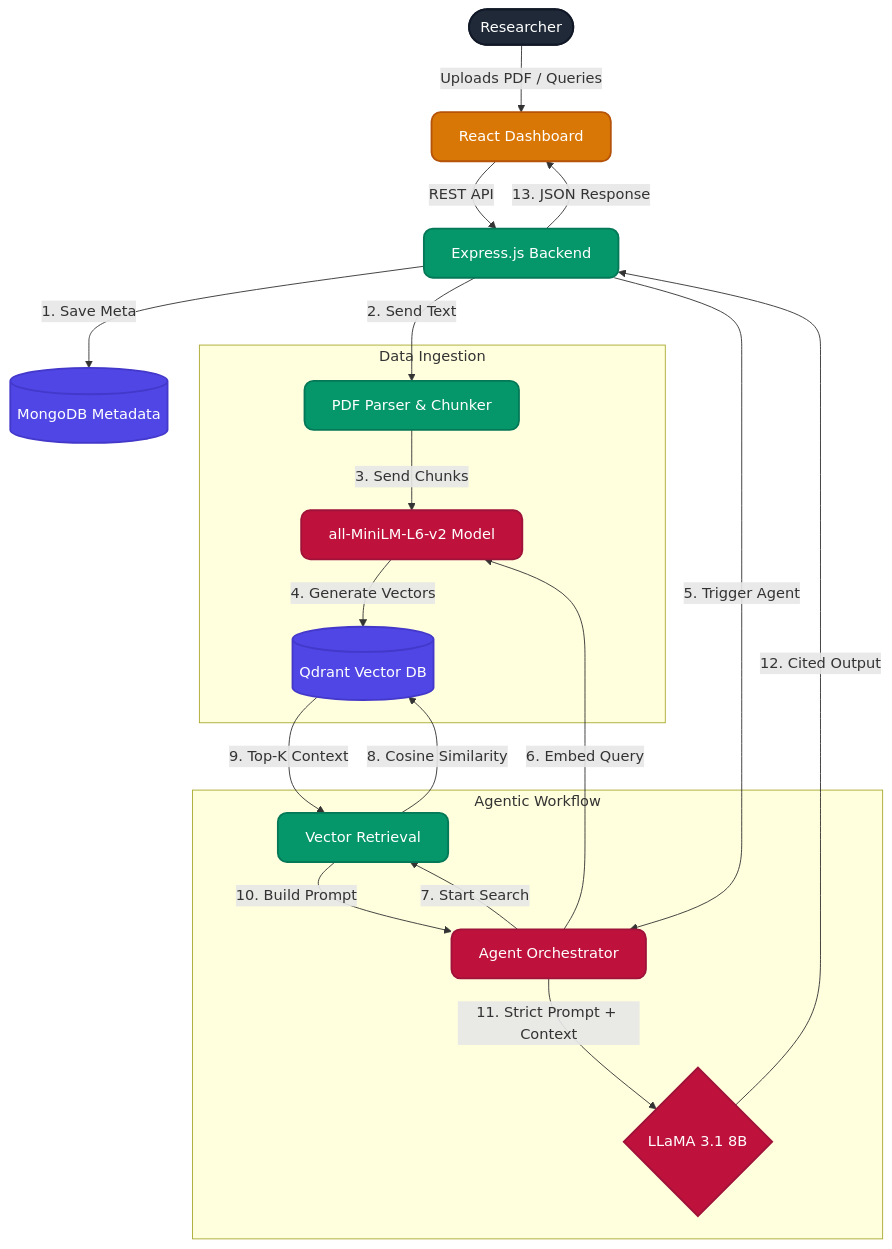
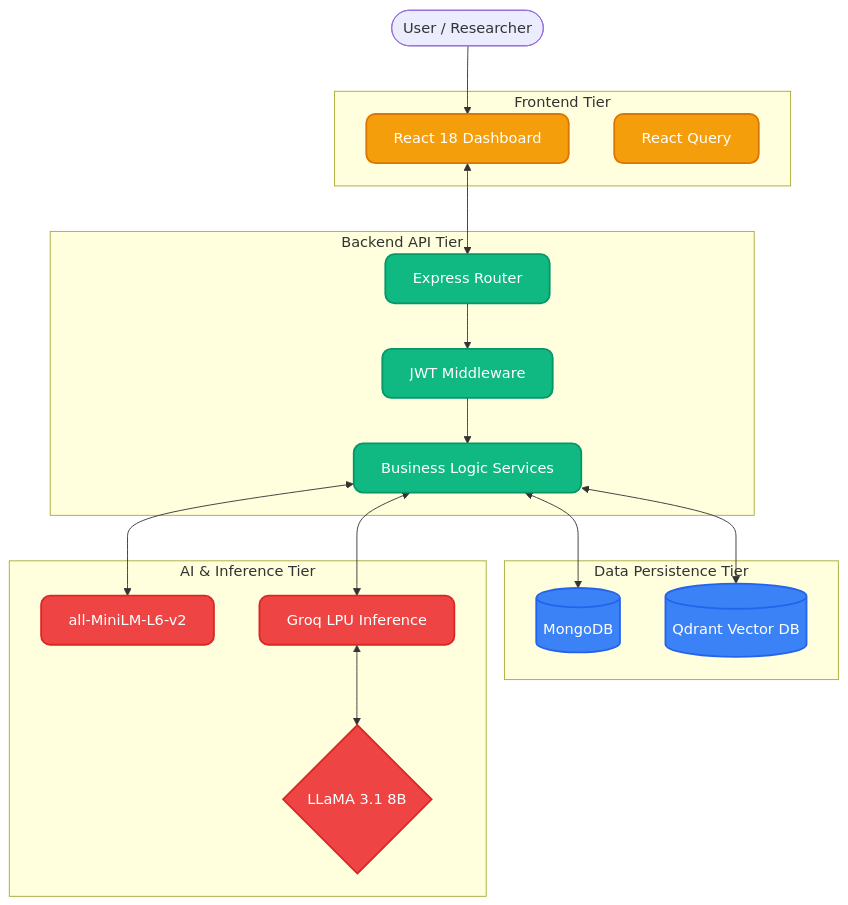
Before and after one commit to boyinatulasiram/ResearchPilot: the first of 6 diagrams in README.md, drawn with Mermaid. The commit also changed other lines of this file, not shown here.

````diff
--- a/README.md
+++ b/README.md
@@ -20,51 +80,39 @@
 ```mermaid
 graph TD
-    %% Define Styles
-    classDef user fill:#1f2937,stroke:#111827,stroke-width:2px,color:#fff,rx:10px,ry:10px;
-    classDef frontend fill:#d97706,stroke:#b45309,stroke-width:2px,color:#fff,rx:10px,ry:10px;
-    classDef backend fill:#059669,stroke:#047857,stroke-width:2px,color:#fff,rx:10px,ry:10px;
-    classDef database fill:#4f46e5,stroke:#4338ca,stroke-width:2px,color:#fff,rx:10px,ry:10px;
-    classDef ai fill:#be123c,stroke:#9f1239,stroke-width:2px,color:#fff,rx:10px,ry:10px;
+    classDef client fill:#f59e0b,stroke:#d97706,stroke-width:2px,color:#fff,rx:10px
+    classDef api fill:#10b981,stroke:#059669,stroke-width:2px,color:#fff,rx:10px
+    classDef db fill:#3b82f6,stroke:#2563eb,stroke-width:2px,color:#fff,rx:10px
+    classDef ai fill:#ef4444,stroke:#dc2626,stroke-width:2px,color:#fff,rx:10px
 
-    %% Nodes
-    User([Researcher]):::user
-    UI[React Dashboard]:::frontend
+    User([User / Researcher]) --> UI
     
-    API[Express.js Backend]:::backend
-    Mongo[(MongoDB Metadata)]:::database
-    
-    subgraph Data_Ingestion [Data Ingestion]
-        Parser[PDF Parser & Chunker]:::backend
-        Embed[all-MiniLM-L6-v2 Model]:::ai
-        Qdrant[(Qdrant Vector DB)]:::database
+    subgraph Frontend [Frontend Tier]
+        UI[React 18 Dashboard]:::client
+        Cache[React Query]:::client
     end
     
-    subgraph Agentic_Workflow [Agentic Workflow]
-        Agent[Agent Orchestrator]:::ai
-        RAG[Vector Retrieval]:::backend
+    subgraph Backend [Backend API Tier]
+        Router[Express Router]:::api
+        Auth[JWT Middleware]:::api
+        Services[Business Logic Services]:::api
+    end
+    
+    subgraph Databases [Data Persistence Tier]
+        Mongo[(MongoDB)]:::db
+        Qdrant[(Qdrant Vector DB)]:::db
+    end
+    
+    subgraph AI [AI & Inference Tier]
+        Embed[all-MiniLM-L6-v2]:::ai
+        Groq[Groq LPU Inference]:::ai
         LLM{LLaMA 3.1 8B}:::ai
     end
-    
-    %% Flows
-    User -- Uploads PDF / Queries --> UI
-    UI -- REST API --> API
-    
-    %% Ingestion Flow
-    API -- 1. Save Meta --> Mongo
-    API -- 2. Send Text --> Parser
-    Parser -- 3. Send Chunks --> Embed
-    Embed -- 4. Generate Vectors --> Qdrant
-    
-    %% Query Flow
-    API -- 5. Trigger Agent --> Agent
-    Agent -- 6. Embed Query --> Embed
-    Agent -- 7. Start Search --> RAG
-    RAG -- 8. Cosine Similarity --> Qdrant
-    Qdrant -- 9. Top-K Context --> RAG
-    RAG -- 10. Build Prompt --> Agent
-    
-    %% Generation
-    Agent -- 11. Strict Prompt + Context --> LLM
-    LLM -- 12. Cited Output --> API
-    API -- 13. JSON Response --> UI
+
+    UI <--> Router
+    Router --> Auth --> Services
+    Services <--> Mongo
+    Services <--> Qdrant
+    Services <--> Embed
+    Services <--> Groq
+    Groq <--> LLM
 ```
````
